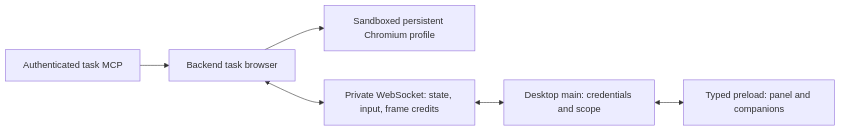
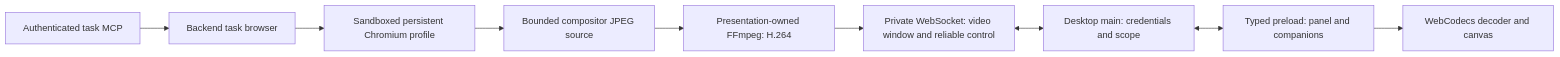
The diagram in docs/task-browser-streaming.md (leomelki/elevenex), drawn with Mermaid before and after one commit. The commit also changed other lines of this file and 41 other files, not shown here.

````diff
--- a/docs/task-browser-streaming.md
+++ b/docs/task-browser-streaming.md
@@ -15,8 +16,11 @@
 ```mermaid
 flowchart LR
   Agent[Authenticated task MCP] --> Task[Backend task browser]
   Task --> Chromium[Sandboxed persistent Chromium profile]
-  Task <--> Stream[Private WebSocket: state, input, frame credits]
+  Chromium --> Capture[Bounded compositor JPEG source]
+  Capture --> Encoder[Presentation-owned FFmpeg: H.264]
+  Encoder --> Stream[Private WebSocket: video window and reliable control]
   Stream <--> Main[Desktop main: credentials and scope]
   Main <--> Renderer[Typed preload: panel and companions]
+  Renderer --> Decode[WebCodecs decoder and canvas]
 ```
````
